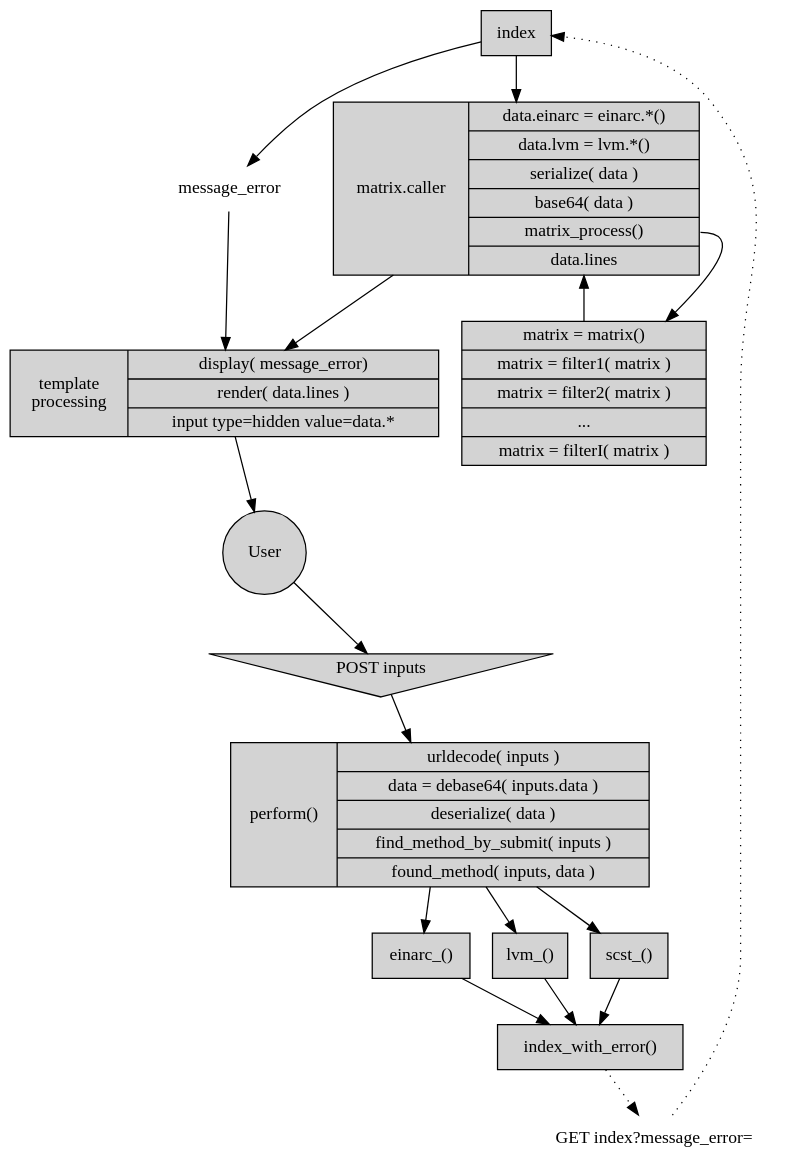
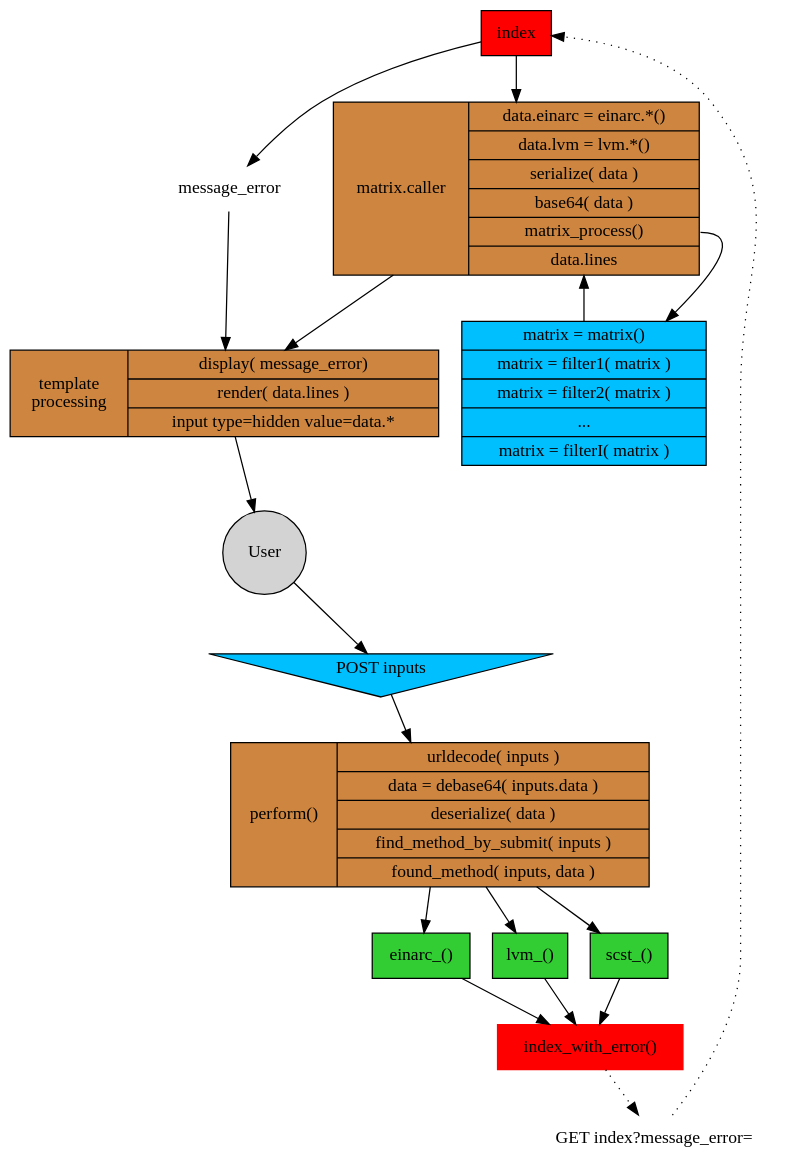
The diagram in docs/luci/description_process.dot (ETegro/OpenSAN), drawn with Graphviz before and after one commit.

Commit message:
Colored scheme Signed-off-by: Sergey Matveev <stargrave@stargrave.org>

```diff
--- a/docs/luci/description_process.dot
+++ b/docs/luci/description_process.dot
@@ -1,35 +1,35 @@
 digraph {
 	node [ shape = "record", style = "filled" ];
 	style = "filled";
 	color = "peru";
 	overlap = "false";
 	bgcolor = "transparent";
 
-	index [ label = "index" ];
-	matrix_caller [ label = "matrix.caller | { data.einarc = einarc.*() | data.lvm = lvm.*() | serialize( data ) | base64( data ) | <matrix_process>matrix_process() | <matrix>data.lines }" ];
-	template_save [ label = "template\nprocessing | { display( message_error) | render( data.lines ) | input type=hidden value=data.* }" ];
+	index [ label = "index", fillcolor = "red" ];
+	matrix_caller [ label = "matrix.caller | { data.einarc = einarc.*() | data.lvm = lvm.*() | serialize( data ) | base64( data ) | <matrix_process>matrix_process() | <matrix>data.lines }", fillcolor = "peru" ];
+	template_save [ label = "template\nprocessing | { display( message_error) | render( data.lines ) | input type=hidden value=data.* }", fillcolor = "peru" ];
 	index -> matrix_caller -> template_save;
 
-	matrix_process [ label = "{ matrix = matrix() | matrix = filter1( matrix ) | matrix = filter2( matrix ) | ... | matrix = filterI( matrix ) }" ];
+	matrix_process [ label = "{ matrix = matrix() | matrix = filter1( matrix ) | matrix = filter2( matrix ) | ... | matrix = filterI( matrix ) }", fillcolor = "deepskyblue" ];
 	matrix_caller:matrix_process -> matrix_process -> matrix_caller:matrix;
 
 	user [ label = "User", shape = "circle" ];
-	post [ label = "POST inputs", shape = "invtriangle" ];
+	post [ label = "POST inputs", shape = "invtriangle", fillcolor = "deepskyblue" ];
 	template_save -> user -> post;
 
-	submit [ label = "perform() | { urldecode( inputs ) | data = debase64( inputs.data ) | deserialize( data ) | find_method_by_submit( inputs ) | found_method( inputs, data ) }" ];
+	submit [ label = "perform() | { urldecode( inputs ) | data = debase64( inputs.data ) | deserialize( data ) | find_method_by_submit( inputs ) | found_method( inputs, data ) }", fillcolor = "peru" ];
 	post -> submit;
 
-	index_with_error [ label = "index_with_error()" ];
+	index_with_error [ label = "index_with_error()", color = "red" ];
 	submit -> einarc_ -> index_with_error;
 	submit -> lvm_ -> index_with_error;
 	submit -> scst_ -> index_with_error;
-	einarc_ [ label = "einarc_()" ];
-	lvm_ [ label = "lvm_()" ];
-	scst_ [ label = "scst_()" ];
+	einarc_ [ label = "einarc_()", fillcolor = "limegreen" ];
+	lvm_ [ label = "lvm_()", fillcolor = "limegreen" ];
+	scst_ [ label = "scst_()", fillcolor = "limegreen" ];
 
 	get_message_error [ label = "GET index?message_error=", shape = "plaintext", color = "transparent" ];
 	index_with_error -> get_message_error -> index [ style = "dotted" ];
 	message_error [ label = "message_error", shape = "plaintext", color = "transparent" ];
 	index -> message_error -> template_save;
 }
```
